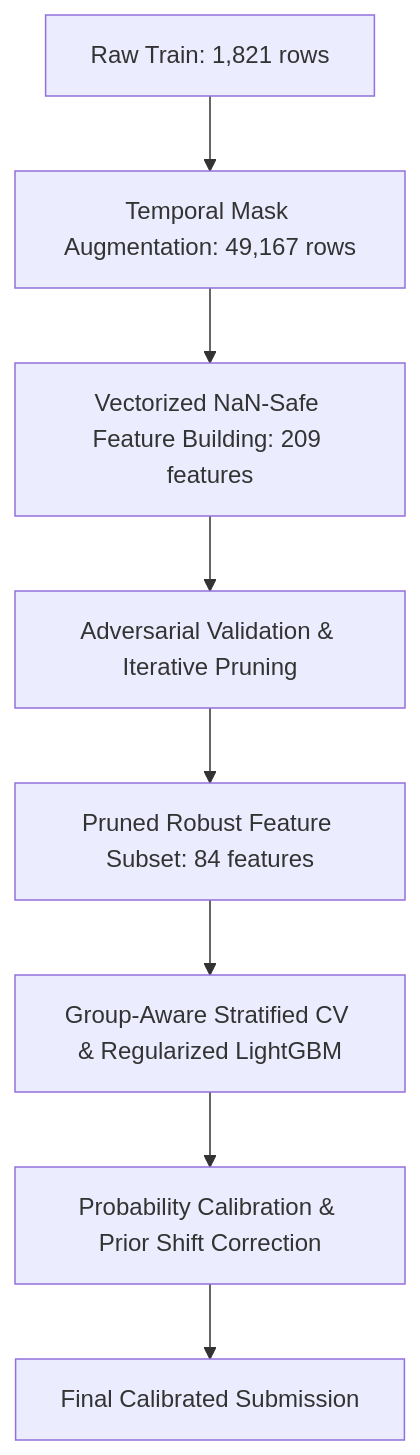
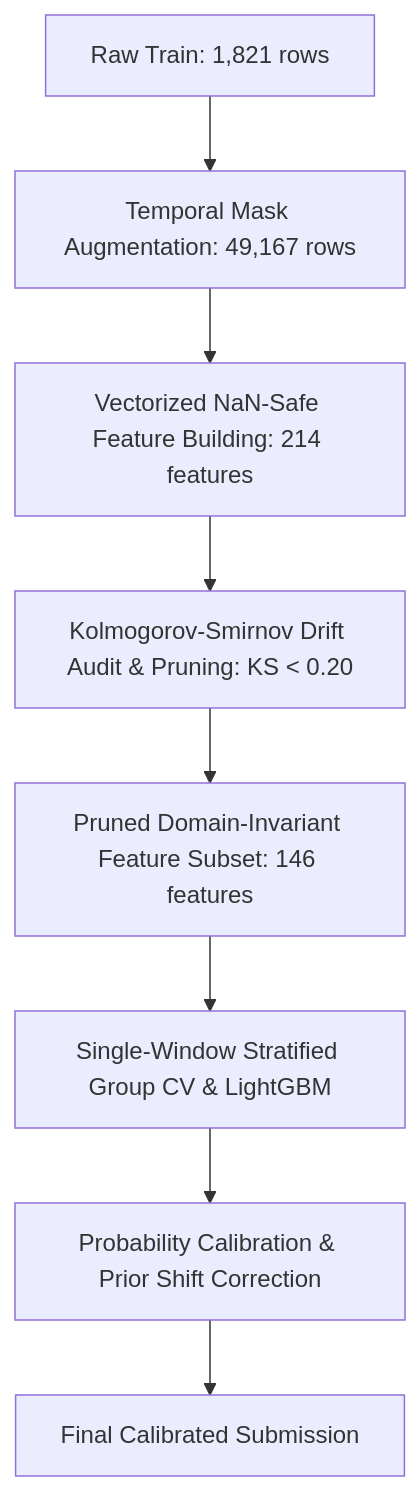
One commit to Masesee/aquaculture-pond-detection changed the diagram in docs/REVISED_CHALLENGE_CONTEXT.md. Above: the diagram before and after it, drawn with Mermaid. The commit also changed other lines of this file and 1 other file, not shown here.

Commit message:
feat(features): add vectorized linear trend slopes and update REVISED_CHALLENGE_CONTEXT documentation

````diff
--- a/docs/REVISED_CHALLENGE_CONTEXT.md
+++ b/docs/REVISED_CHALLENGE_CONTEXT.md
@@ -22,10 +22,10 @@
 ```mermaid
 graph TD
     A[Raw Train: 1,821 rows] --> B[Temporal Mask Augmentation: 49,167 rows]
-    B --> C[Vectorized NaN-Safe Feature Building: 209 features]
-    C --> D[Adversarial Validation & Iterative Pruning]
-    D --> E[Pruned Robust Feature Subset: 84 features]
-    E --> F[Group-Aware Stratified CV & Regularized LightGBM]
+    B --> C[Vectorized NaN-Safe Feature Building: 214 features]
+    C --> D[Kolmogorov-Smirnov Drift Audit & Pruning: KS < 0.20]
+    D --> E[Pruned Domain-Invariant Feature Subset: 146 features]
+    E --> F[Single-Window Stratified Group CV & LightGBM]
     F --> G[Probability Calibration & Prior Shift Correction]
     G --> H[Final Calibrated Submission]
 ```
````
